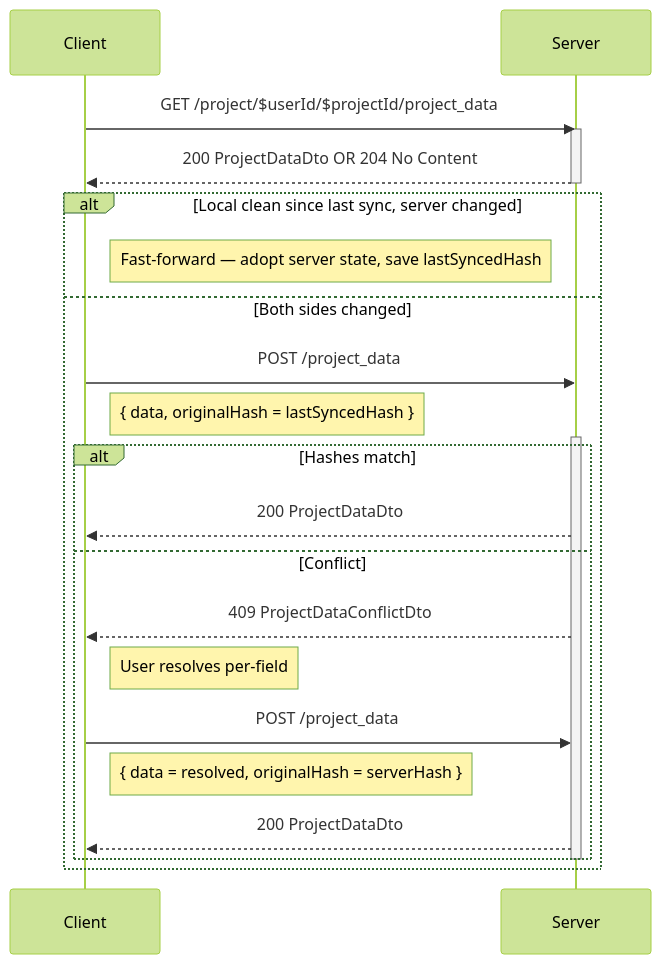
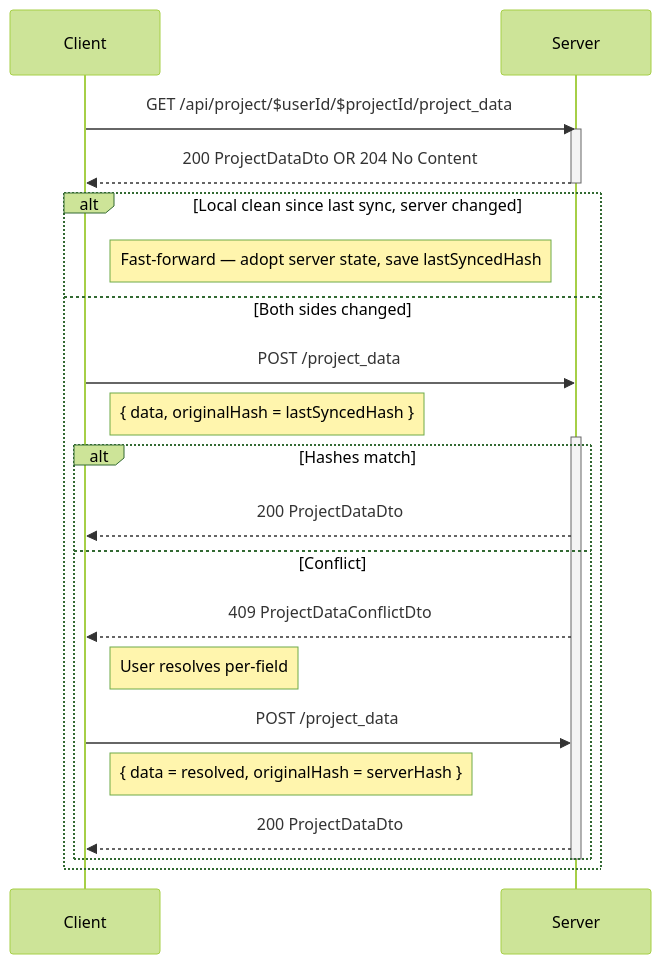
One commit to Darkrock-Studios/hammer-editor changed the ninth of 11 diagrams in docs/SYNCING-PROTOCOL.md. Above: the diagram before and after it, drawn with Mermaid (forest theme). The commit also changed other lines of this file, not shown here.

````diff
--- a/docs/SYNCING-PROTOCOL.md
+++ b/docs/SYNCING-PROTOCOL.md
@@ -418,28 +432,28 @@
 ```mermaid
 sequenceDiagram
     participant Client
     participant Server
 
-    Client->>Server: GET /project/$userId/$projectId/project_data
+    Client->>Server: GET /api/project/$userId/$projectId/project_data
     activate Server
     Server -->> Client: 200 ProjectDataDto OR 204 No Content
     deactivate Server
 
     alt Local clean since last sync, server changed
         Note right of Client: Fast-forward — adopt server state, save lastSyncedHash
     else Both sides changed
         Client->>Server: POST /project_data
         Note right of Client: { data, originalHash = lastSyncedHash }
         activate Server
         alt Hashes match
             Server -->> Client: 200 ProjectDataDto
         else Conflict
             Server -->> Client: 409 ProjectDataConflictDto
             Note right of Client: User resolves per-field
             Client->>Server: POST /project_data
             Note right of Client: { data = resolved, originalHash = serverHash }
             Server -->> Client: 200 ProjectDataDto
         end
         deactivate Server
     end
 ```
````
